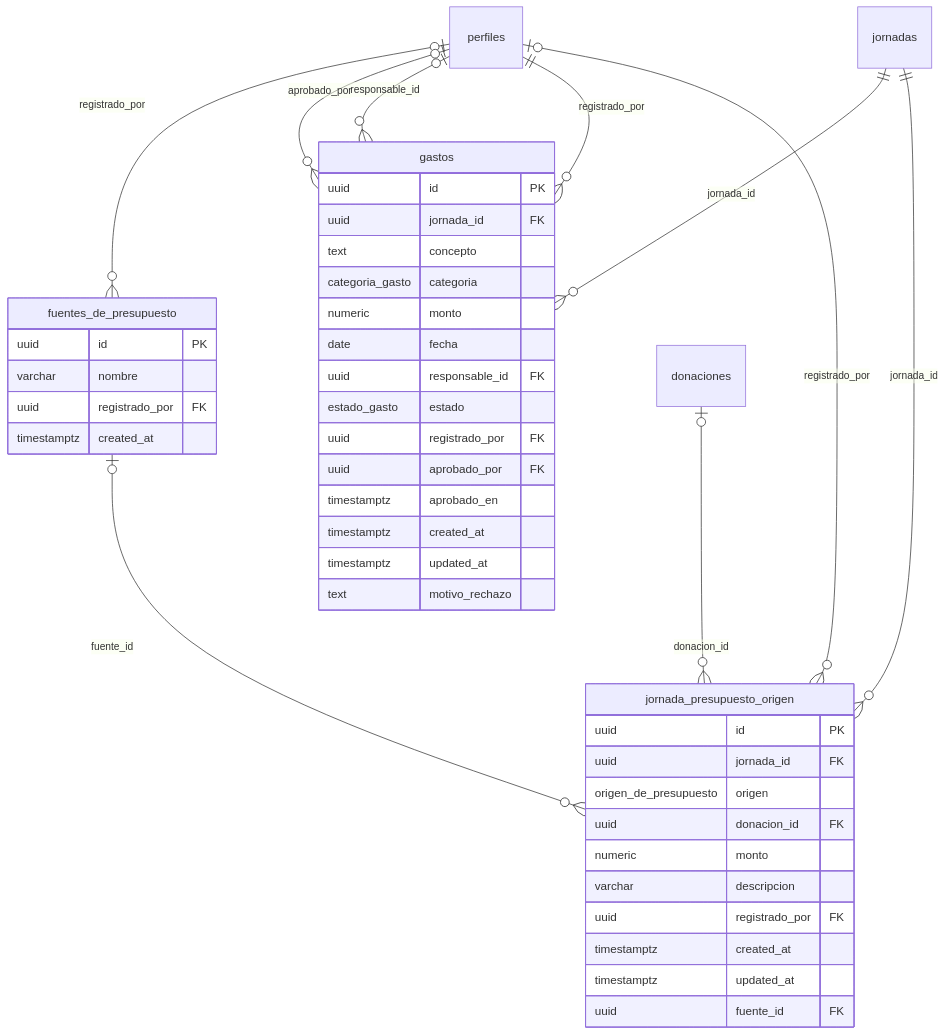
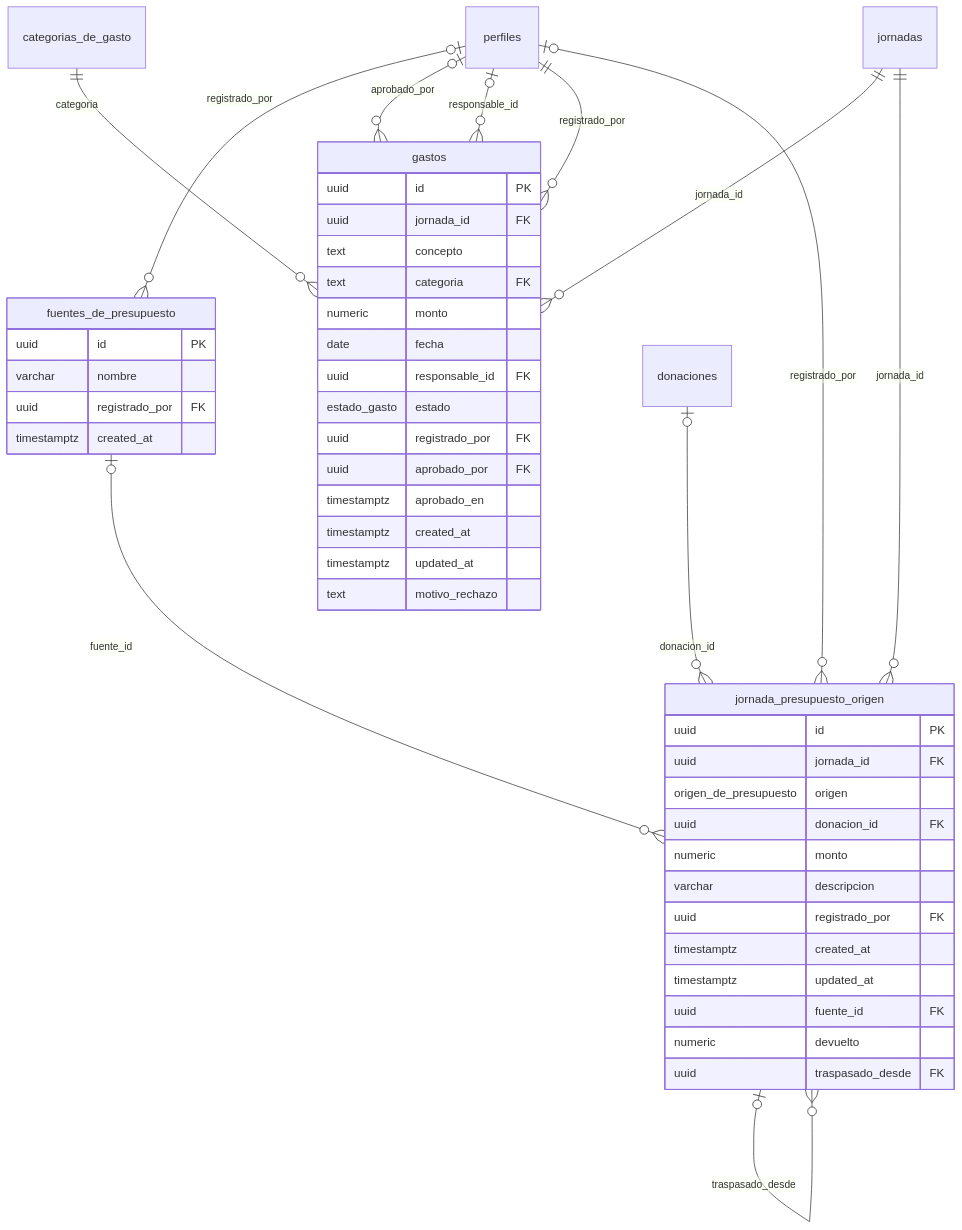
One commit to URL-ECOPAC/Ecopac-Digital changed the seventh of 11 diagrams in docs/DICCIONARIO-DE-DATOS.md. Above: the diagram before and after it, drawn with Mermaid. The commit also changed other lines of this file and 44 other files, not shown here.

First line of the commit message:
feat(presupuestos): gastos dentro del presupuesto, categorias ampliables y liquidacion del sobrante

````diff
--- a/docs/DICCIONARIO-DE-DATOS.md
+++ b/docs/DICCIONARIO-DE-DATOS.md
@@ -644,46 +651,50 @@
 ```mermaid
 erDiagram
   gastos {
     uuid id PK
     uuid jornada_id FK
     text concepto
-    categoria_gasto categoria
+    text categoria FK
     numeric monto
     date fecha
     uuid responsable_id FK
     estado_gasto estado
     uuid registrado_por FK
     uuid aprobado_por FK
     timestamptz aprobado_en
     timestamptz created_at
     timestamptz updated_at
     text motivo_rechazo
   }
   fuentes_de_presupuesto {
     uuid id PK
     varchar nombre
     uuid registrado_por FK
     timestamptz created_at
   }
   jornada_presupuesto_origen {
     uuid id PK
     uuid jornada_id FK
     origen_de_presupuesto origen
     uuid donacion_id FK
     numeric monto
     varchar descripcion
     uuid registrado_por FK
     timestamptz created_at
     timestamptz updated_at
     uuid fuente_id FK
+    numeric devuelto
+    uuid traspasado_desde FK
   }
   perfiles |o--o{ fuentes_de_presupuesto : "registrado_por"
+  categorias_de_gasto ||--o{ gastos : "categoria"
   perfiles |o--o{ gastos : "aprobado_por"
   perfiles |o--o{ gastos : "responsable_id"
   jornadas ||--o{ gastos : "jornada_id"
   perfiles ||--o{ gastos : "registrado_por"
   donaciones |o--o{ jornada_presupuesto_origen : "donacion_id"
   fuentes_de_presupuesto |o--o{ jornada_presupuesto_origen : "fuente_id"
   jornadas ||--o{ jornada_presupuesto_origen : "jornada_id"
   perfiles |o--o{ jornada_presupuesto_origen : "registrado_por"
+  jornada_presupuesto_origen |o--o{ jornada_presupuesto_origen : "traspasado_desde"
 ```
````
